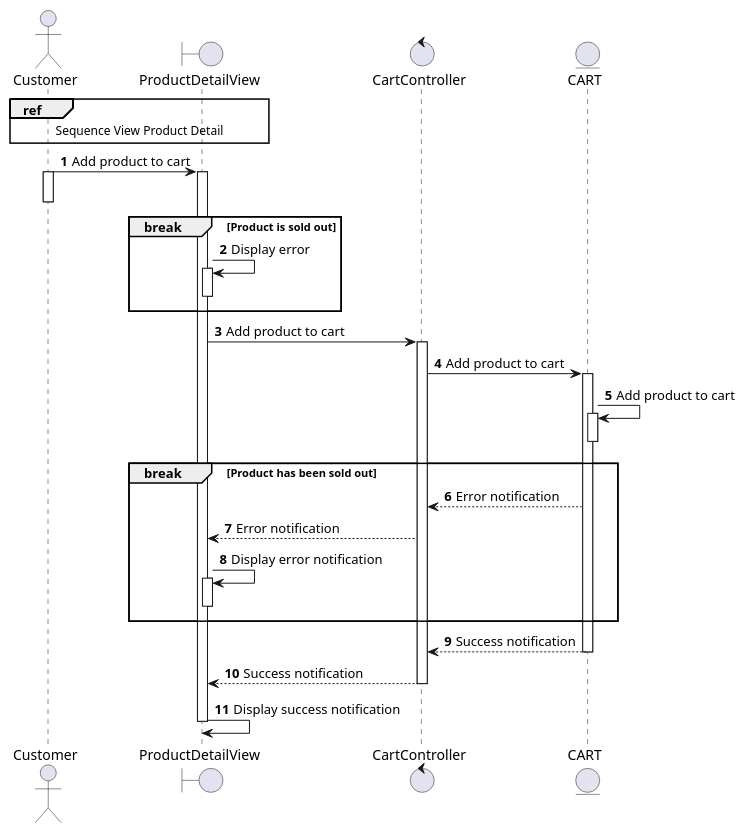
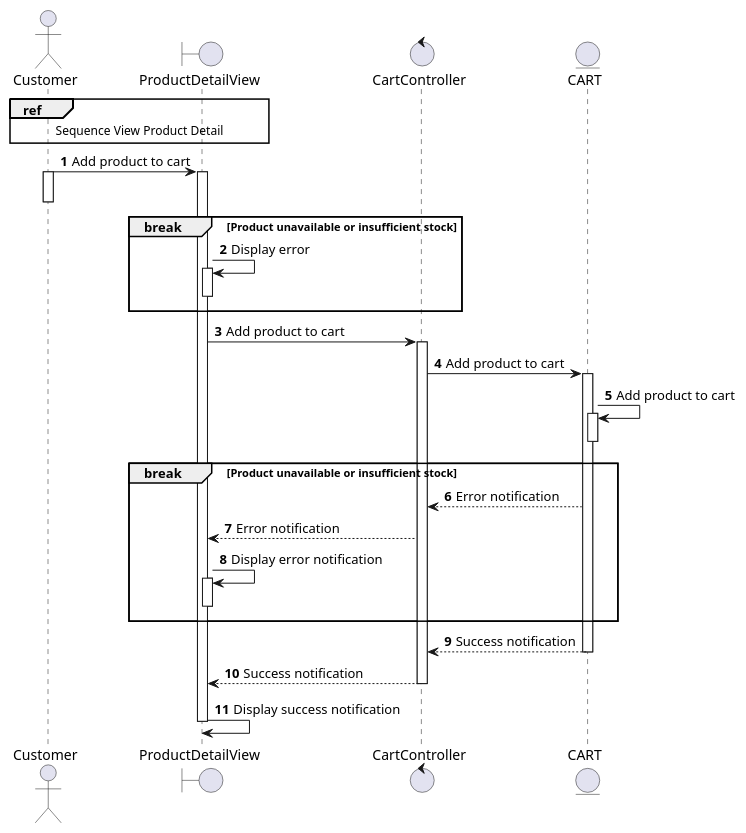
Before and after one commit to electricilies/electricilies.github.io: the diagram in docs/docs/sequence/view-product/add-product-to-cart.md, drawn with PlantUML. The commit also changed 11 other files, not shown here.

Commit message:
feat(sequence): manage cart

````diff
--- a/docs/docs/sequence/view-product/add-product-to-cart.md
+++ b/docs/docs/sequence/view-product/add-product-to-cart.md
@@ -3,43 +3,43 @@
 ```plantuml
 @startuml
 autonumber
 
 actor Customer as C
 boundary ProductDetailView as PDV
 control CartController as CC
 entity CART as Ca
 
 ref over C, PDV: Sequence View Product Detail
 C -> PDV: Add product to cart
 activate C
 activate PDV
 deactivate C
-break Product is sold out
+break Product unavailable or insufficient stock
   PDV -> PDV: Display error
   activate PDV
   deactivate PDV
 end
 PDV -> CC: Add product to cart
 activate CC
 CC -> Ca: Add product to cart
 activate Ca
 Ca -> Ca: Add product to cart
 activate Ca
 deactivate Ca
-break Product has been sold out
+break Product unavailable or insufficient stock
   CC <-- Ca: Error notification
   PDV <-- CC: Error notification
   PDV -> PDV: Display error notification
   activate PDV
   deactivate PDV
 end
 CC <-- Ca: Success notification
 deactivate Ca
 PDV <-- CC: Success notification
 deactivate CC
 PDV -> PDV: Display success notification
 deactivate CC
 deactivate PDV
 
 @enduml
 ```
````
